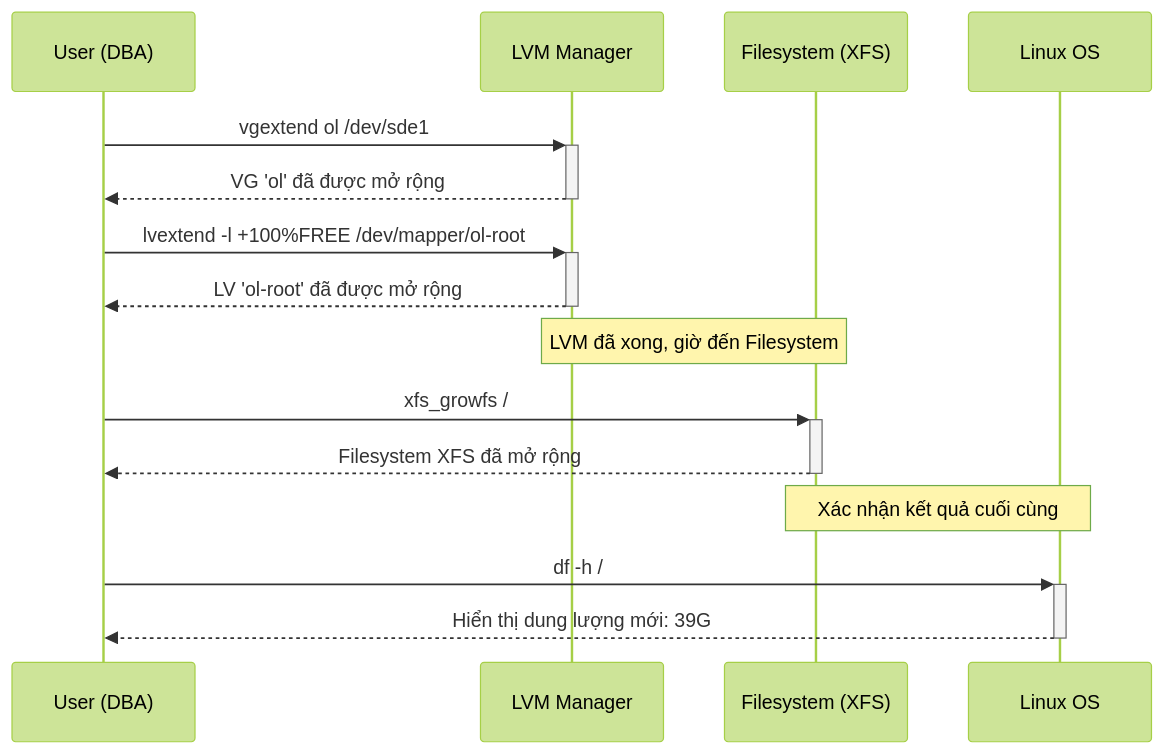
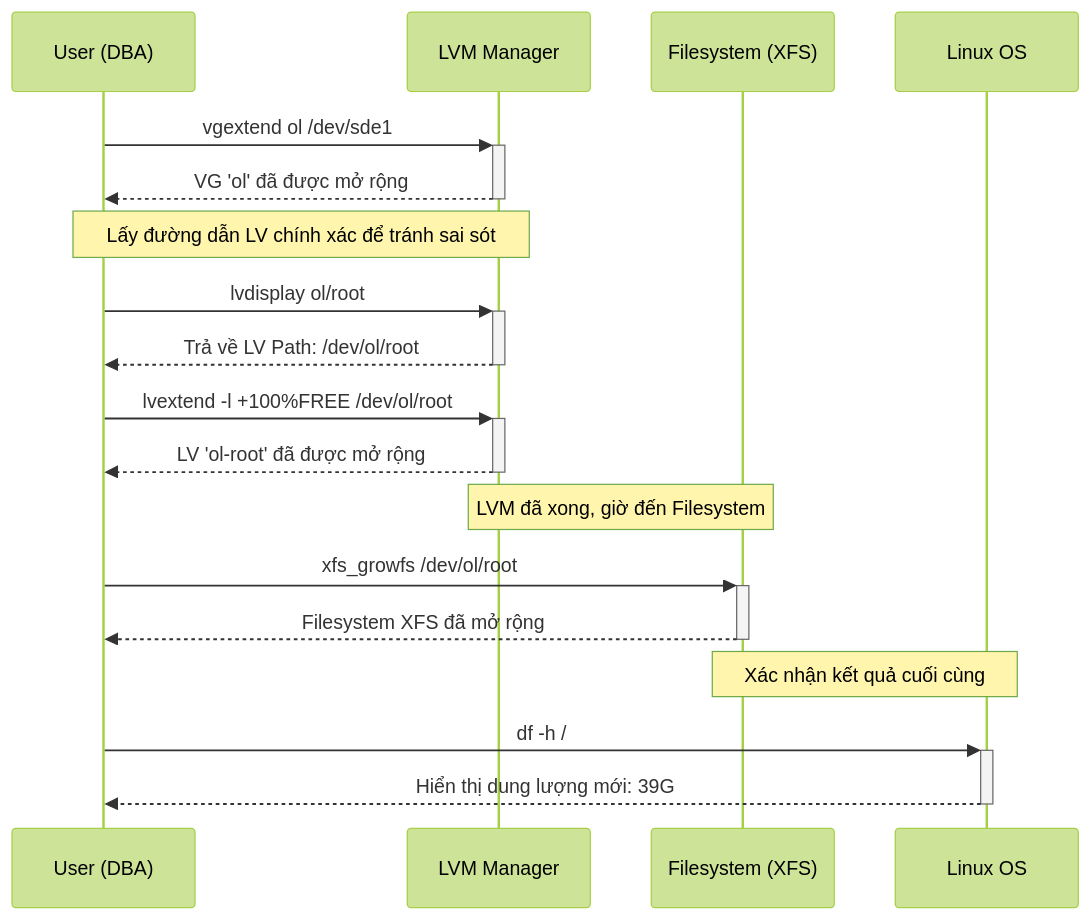
The third of 3 diagrams in 04_08-2025.md (ngockhanhvd2812/DBA), drawn with Mermaid (forest theme) before and after one commit. The commit also changed other lines of this file, not shown here.

````diff
--- a/04_08-2025.md
+++ b/04_08-2025.md
@@ -152,23 +253,27 @@
 ```mermaid
 sequenceDiagram
     participant U as User (DBA)
     participant LVM as LVM Manager
     participant FS as Filesystem (XFS)
     participant OS as Linux OS
 
     U->>+LVM: vgextend ol /dev/sde1
     LVM-->>-U: VG 'ol' đã được mở rộng
     
-    U->>+LVM: lvextend -l +100%FREE /dev/mapper/ol-root
+    Note over U,LVM: Lấy đường dẫn LV chính xác để tránh sai sót
+    U->>+LVM: lvdisplay ol/root
+    LVM-->>-U: Trả về LV Path: /dev/ol/root
+    
+    U->>+LVM: lvextend -l +100%FREE /dev/ol/root
     LVM-->>-U: LV 'ol-root' đã được mở rộng
     
     Note over LVM,FS: LVM đã xong, giờ đến Filesystem
     
-    U->>+FS: xfs_growfs /
+    U->>+FS: xfs_growfs /dev/ol/root
     FS-->>-U: Filesystem XFS đã mở rộng
     
     Note over FS,OS: Xác nhận kết quả cuối cùng
     
     U->>+OS: df -h /
     OS-->>-U: Hiển thị dung lượng mới: 39G
 ```
````
